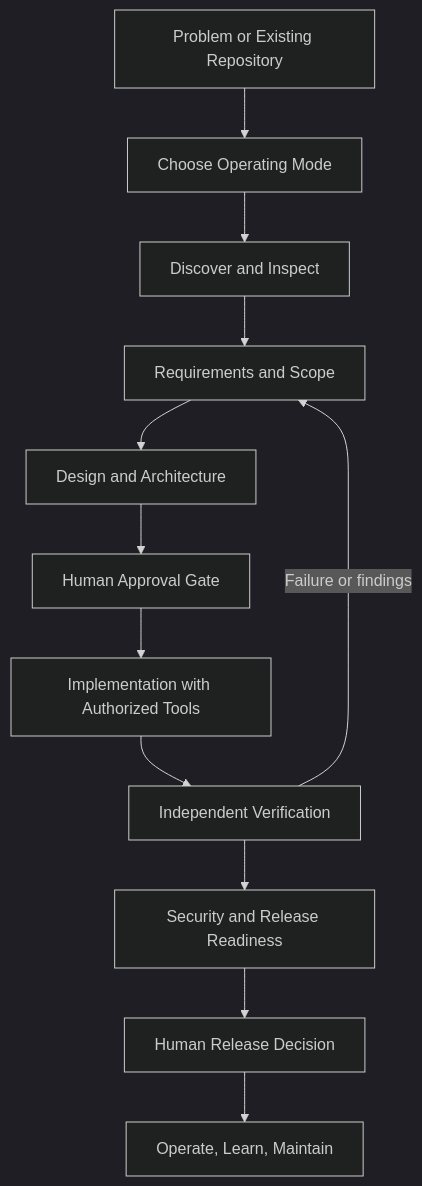
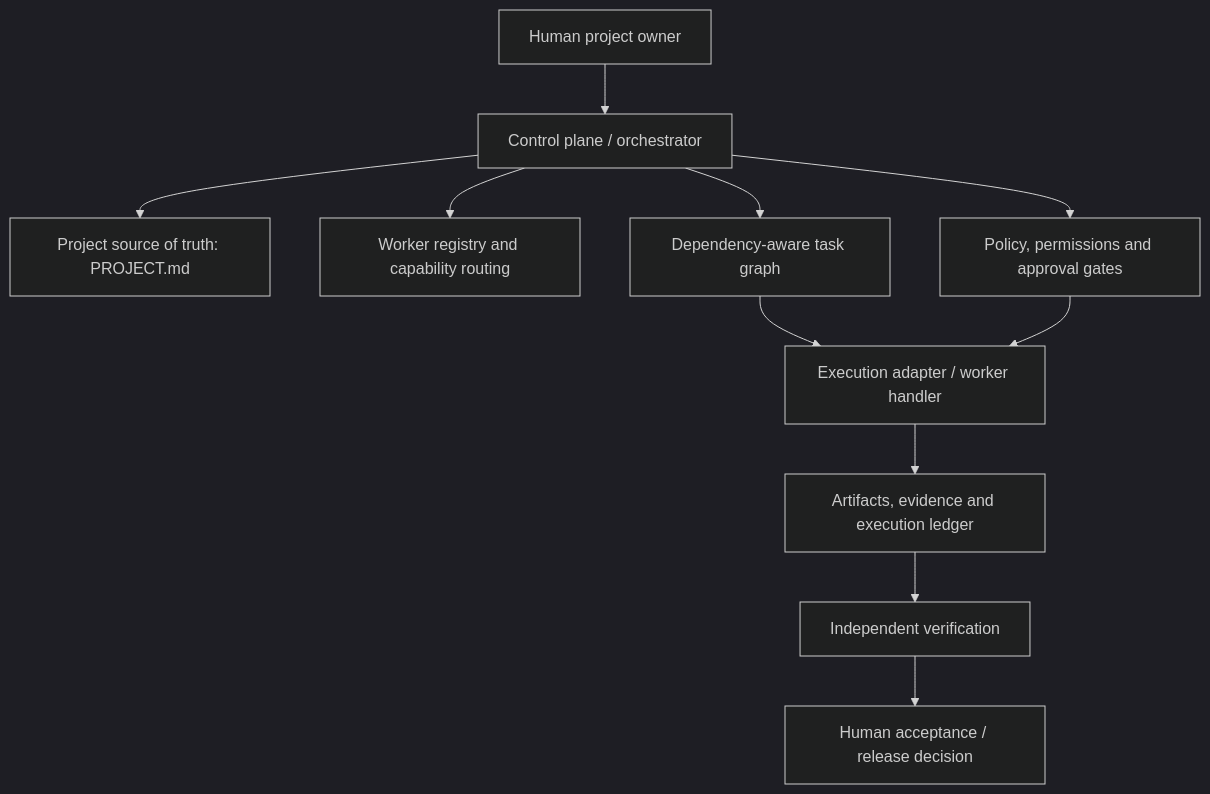
Before and after one commit to MK-1603/aisdf: the diagram in README.md, drawn with Mermaid (dark theme). The commit also changed other lines of this file and 234 other files, not shown here.

````diff
--- a/README.md
+++ b/README.md
@@ -30,14 +56,13 @@
 ```mermaid
 flowchart TD
-  A[Problem or Existing Repository] --> B[Choose Operating Mode]
-  B --> C[Discover and Inspect]
-  C --> D[Requirements and Scope]
-  D --> E[Design and Architecture]
-  E --> F[Human Approval Gate]
-  F --> G[Implementation with Authorized Tools]
-  G --> H[Independent Verification]
-  H --> I[Security and Release Readiness]
-  I --> J[Human Release Decision]
-  J --> K[Operate, Learn, Maintain]
-  H -->|Failure or findings| D
+  H[Human project owner] --> C[Control plane / orchestrator]
+  C --> P[Project source of truth: PROJECT.md]
+  C --> R[Worker registry and capability routing]
+  C --> G[Policy, permissions and approval gates]
+  C --> D[Dependency-aware task graph]
+  D --> X[Execution adapter / worker handler]
+  X --> E[Artifacts, evidence and execution ledger]
+  E --> V[Independent verification]
+  V --> A[Human acceptance / release decision]
+  G --> X
 ```
````
